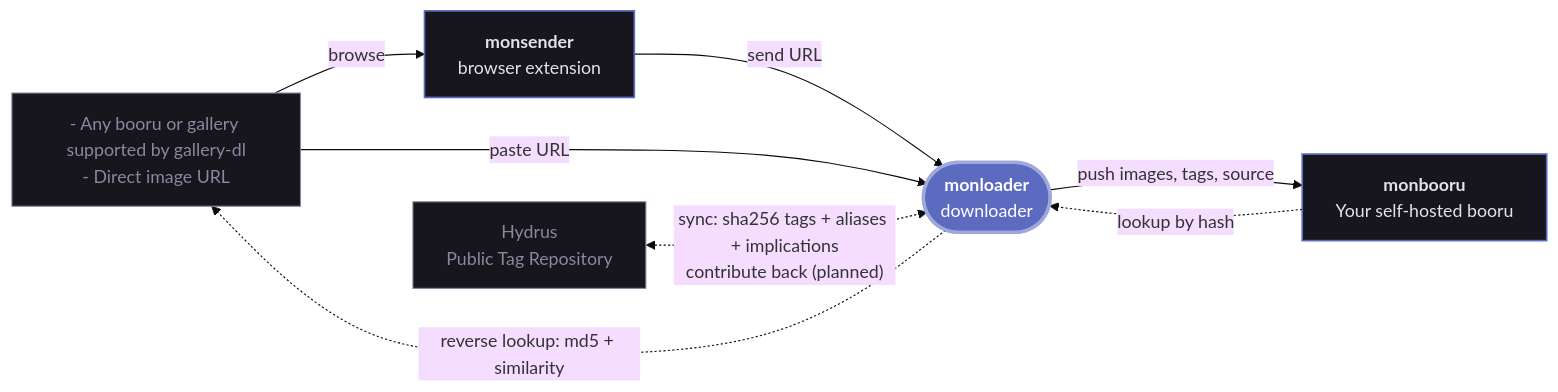
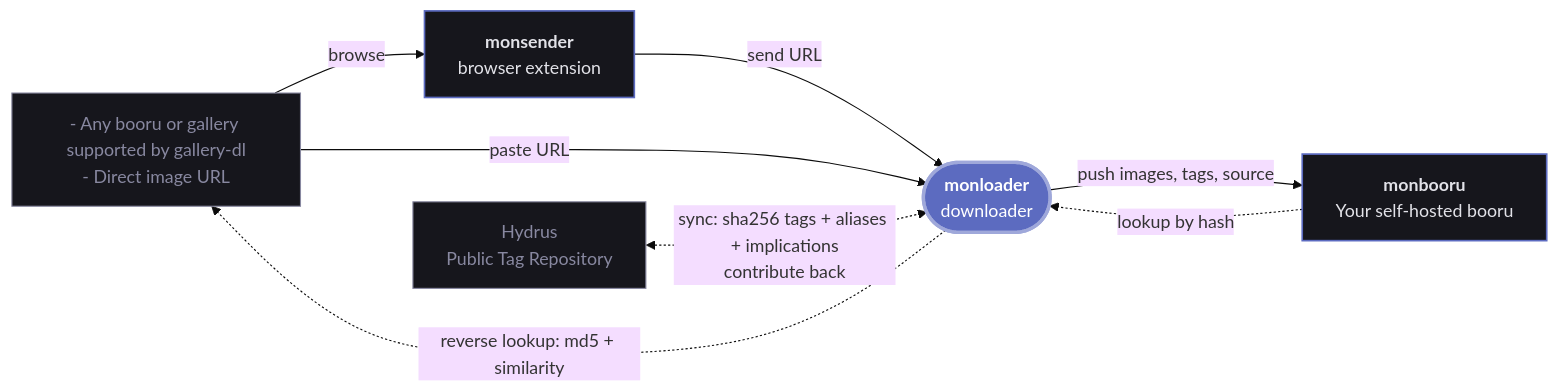
One commit to monbooru/monloader changed the diagram in README.md. Above: the diagram before and after it, drawn with Mermaid (base theme). The commit also changed other lines of this file and 105 other files, not shown here.

````diff
--- a/README.md
+++ b/README.md
@@ -33,25 +33,25 @@
 ```mermaid
 flowchart LR
     web["- Any booru or gallery supported by gallery-dl<br/>- Direct image URL"]
     ptr["Hydrus<br/>Public Tag Repository"]
     sender["<b>monsender</b><br/>browser extension"]
     loader(["<b>monloader</b><br/>downloader"])
     booru["<b>monbooru</b><br/>Your self-hosted booru"]
 
     web -->|browse| sender
     sender -->|send URL| loader
     web -->|paste URL| loader
     loader -->|push images, tags, source| booru
 
     booru -.->|lookup by hash| loader
     loader -.->|reverse lookup: md5 + similarity| web
-    ptr <-.->|"sync: sha256 tags + aliases + implications<br/>contribute back (planned)"| loader
+    ptr <-.->|"sync: sha256 tags + aliases + implications<br/>contribute back"| loader
 
     classDef hub  fill:#5c6bc0,stroke:#9fa8da,stroke-width:3px,color:#ffffff;
     classDef tool fill:#16161c,stroke:#5c6bc0,stroke-width:1.5px,color:#e2e2e8;
     classDef src  fill:#16161c,stroke:#8888a0,stroke-width:1px,color:#8888a0;
 
     class loader hub;
     class sender,booru tool;
     class web,ptr src;
 ```
````
